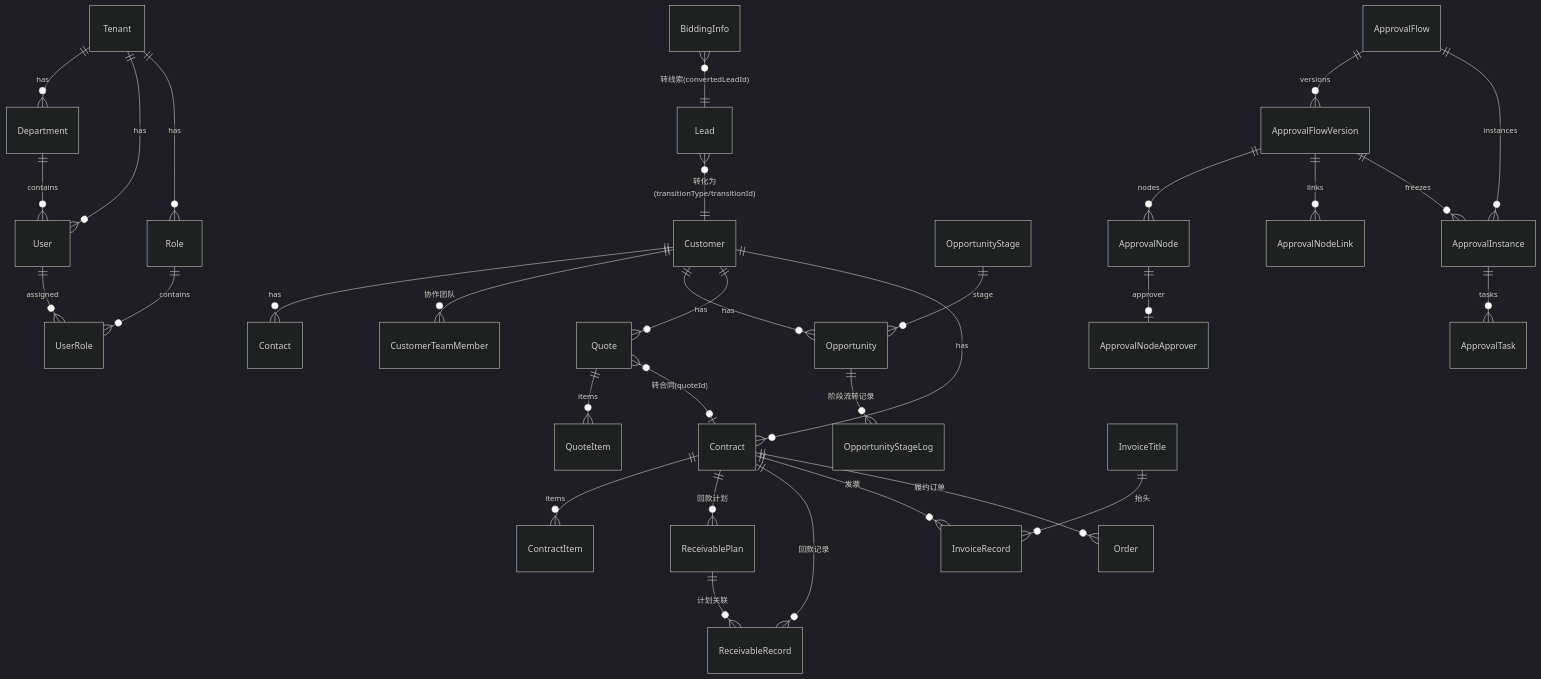
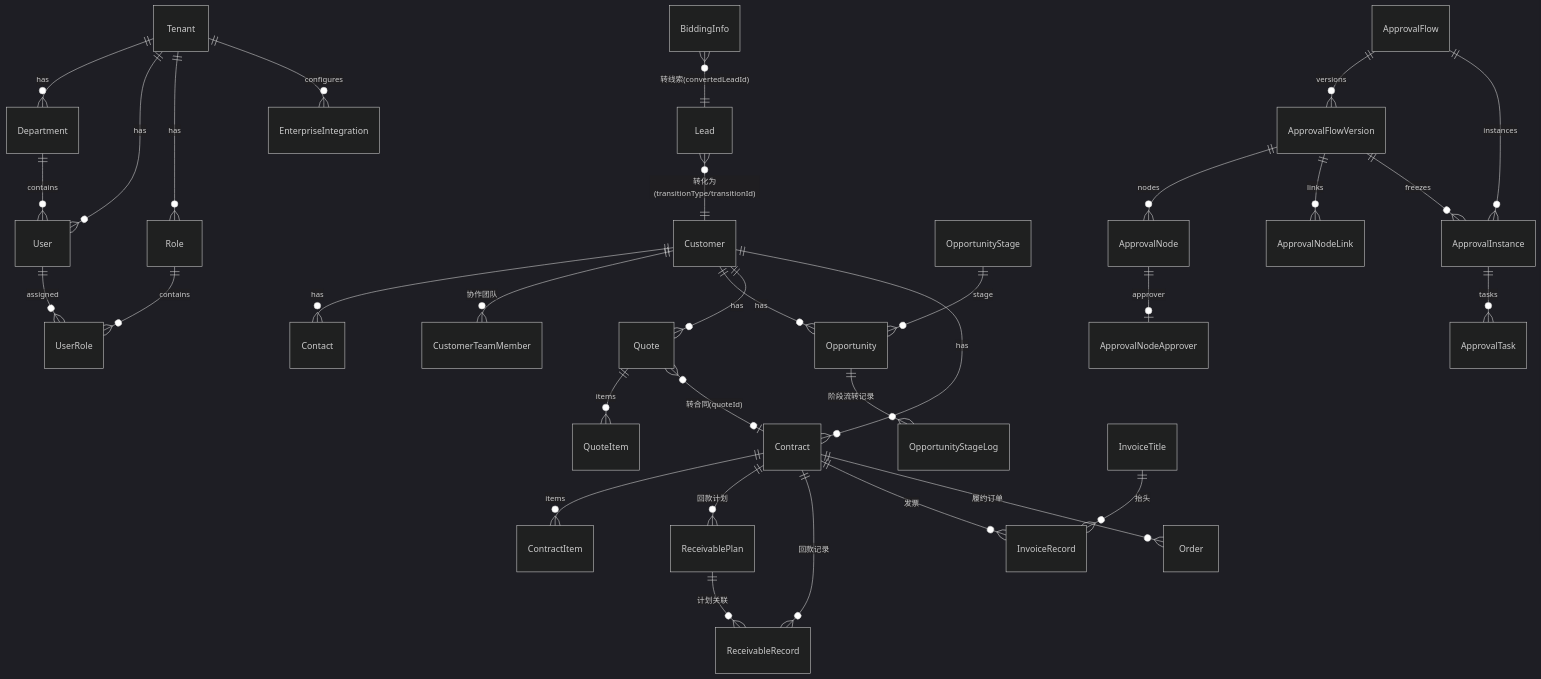
The diagram in docs/data-model.md (HideInMatrix/micromatrix-crm), drawn with Mermaid (dark theme) before and after one commit. The commit also changed other lines of this file and 34 other files, not shown here.

````diff
--- a/docs/data-model.md
+++ b/docs/data-model.md
@@ -7,39 +7,40 @@
 ```mermaid
 erDiagram
     Tenant ||--o{ Department : has
     Tenant ||--o{ User : has
     Tenant ||--o{ Role : has
+    Tenant ||--o{ EnterpriseIntegration : configures
     Department ||--o{ User : contains
     User ||--o{ UserRole : assigned
     Role ||--o{ UserRole : contains
 
     Lead }o--|| Customer : "转化为(transitionType/transitionId)"
     Customer ||--o{ Contact : has
     Customer ||--o{ CustomerTeamMember : "协作团队"
     Customer ||--o{ Opportunity : has
     Customer ||--o{ Quote : has
     Customer ||--o{ Contract : has
 
     OpportunityStage ||--o{ Opportunity : stage
     Opportunity ||--o{ OpportunityStageLog : "阶段流转记录"
 
     Quote ||--o{ QuoteItem : items
     Quote }o--o| Contract : "转合同(quoteId)"
     Contract ||--o{ ContractItem : items
     Contract ||--o{ ReceivablePlan : "回款计划"
     Contract ||--o{ ReceivableRecord : "回款记录"
     ReceivablePlan ||--o{ ReceivableRecord : "计划关联"
     Contract ||--o{ InvoiceRecord : "发票"
     InvoiceTitle ||--o{ InvoiceRecord : "抬头"
     Contract ||--o{ Order : "履约订单"
 
     ApprovalFlow ||--o{ ApprovalFlowVersion : versions
     ApprovalFlowVersion ||--o{ ApprovalNode : nodes
     ApprovalFlowVersion ||--o{ ApprovalNodeLink : links
     ApprovalNode ||--o| ApprovalNodeApprover : approver
     ApprovalFlow ||--o{ ApprovalInstance : instances
     ApprovalFlowVersion ||--o{ ApprovalInstance : freezes
     ApprovalInstance ||--o{ ApprovalTask : tasks
 
     BiddingInfo }o--|| Lead : "转线索(convertedLeadId)"
 ```
````
